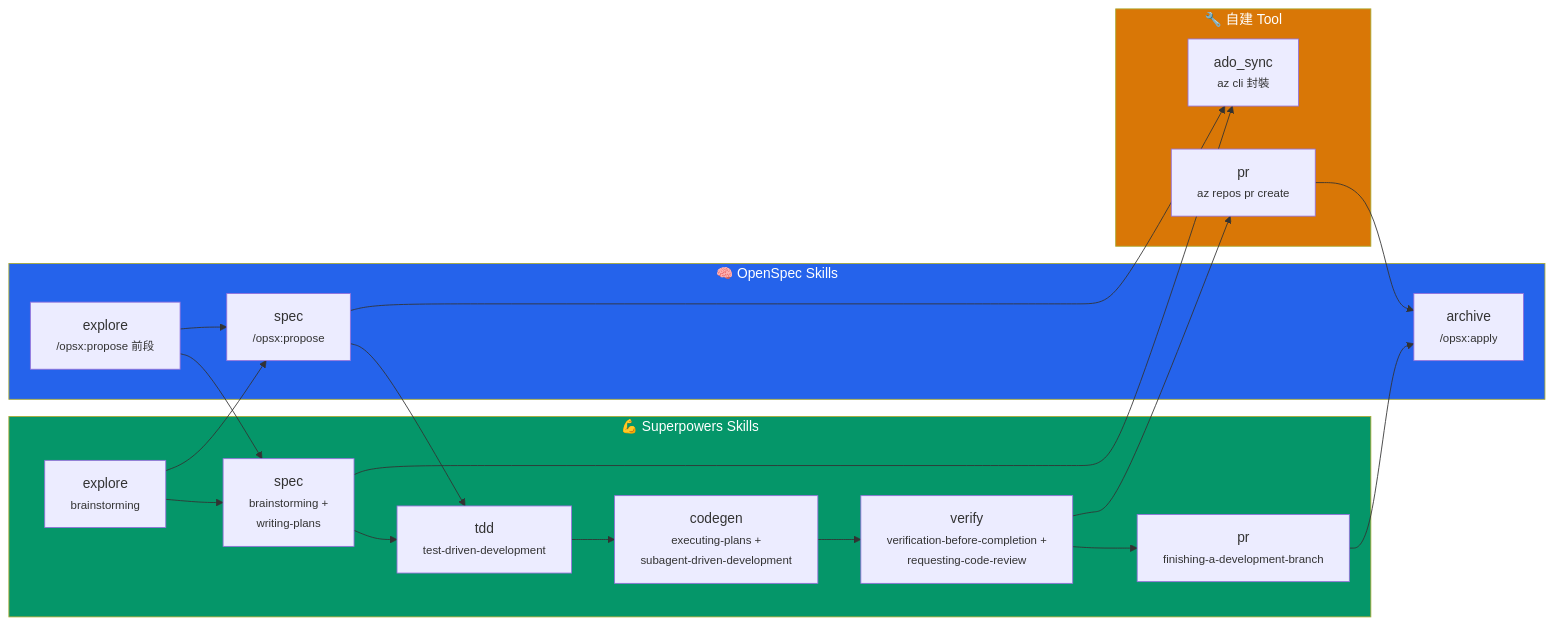
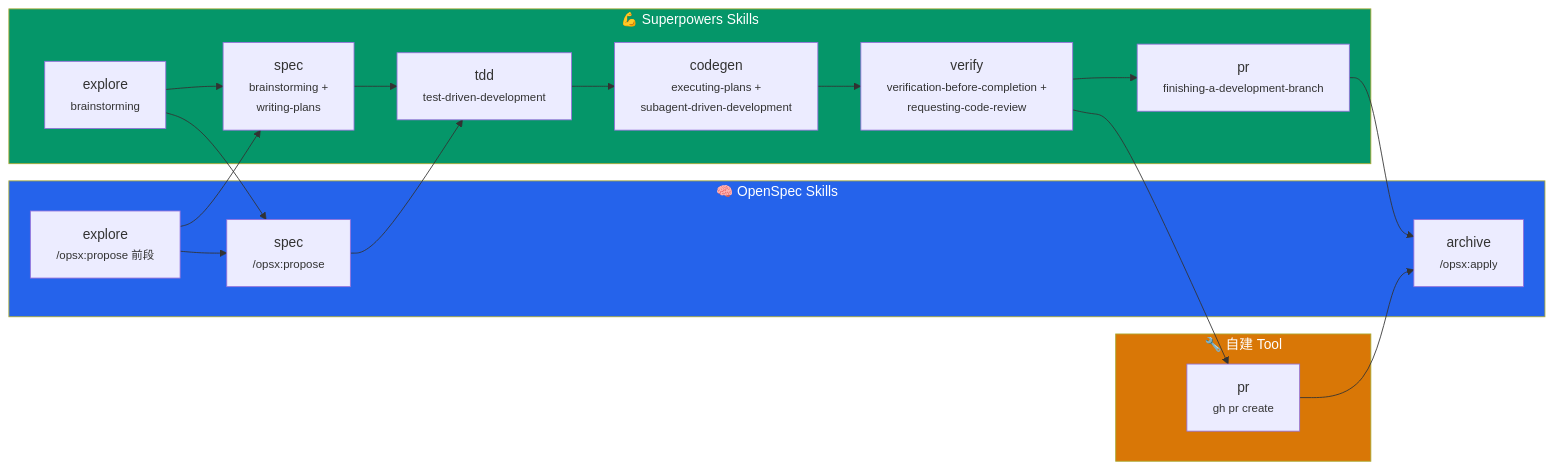
The third of 3 diagrams in AI_Coding_Agent_原子步驟實作規格.md (wmwang/AI_NOTE), drawn with Mermaid before and after one commit. The commit also changed other lines of this file and 1 other file, not shown here.

First line of the commit message:
docs: update workflow presets and remove ado_sync step

````diff
--- a/AI_Coding_Agent_原子步驟實作規格.md
+++ b/AI_Coding_Agent_原子步驟實作規格.md
@@ -505,34 +580,32 @@
 ```mermaid
 graph LR
     subgraph OpenSpec["🧠 OpenSpec Skills"]
         E1["explore<br/><small>/opsx:propose 前段</small>"]
         E2["spec<br/><small>/opsx:propose</small>"]
-        E8["archive<br/><small>/opsx:apply</small>"]
+        E7["archive<br/><small>/opsx:apply</small>"]
     end
 
     subgraph Superpowers["💪 Superpowers Skills"]
         E1b["explore<br/><small>brainstorming</small>"]
         E2b["spec<br/><small>brainstorming +<br/>writing-plans</small>"]
-        E4["tdd<br/><small>test-driven-development</small>"]
-        E5["codegen<br/><small>executing-plans +<br/>subagent-driven-development</small>"]
-        E6["verify<br/><small>verification-before-completion +<br/>requesting-code-review</small>"]
-        E7["pr<br/><small>finishing-a-development-branch</small>"]
+        E3["tdd<br/><small>test-driven-development</small>"]
+        E4["codegen<br/><small>executing-plans +<br/>subagent-driven-development</small>"]
+        E5["verify<br/><small>verification-before-completion +<br/>requesting-code-review</small>"]
+        E6["pr<br/><small>finishing-a-development-branch</small>"]
     end
 
     subgraph Custom["🔧 自建 Tool"]
-        E3["ado_sync<br/><small>az cli 封裝</small>"]
-        E7b["pr<br/><small>az repos pr create</small>"]
+        E6b["pr<br/><small>gh pr create</small>"]
     end
 
     E1 & E1b --> E2 & E2b
     E2 & E2b --> E3
-    E2 & E2b --> E4
+    E3 --> E4
     E4 --> E5
-    E5 --> E6
-    E6 --> E7 & E7b
-    E7 & E7b --> E8
+    E5 --> E6 & E6b
+    E6 & E6b --> E7
 
     style OpenSpec fill:#2563EB,color:#fff
     style Superpowers fill:#059669,color:#fff
     style Custom fill:#D97706,color:#fff
 ```
````
